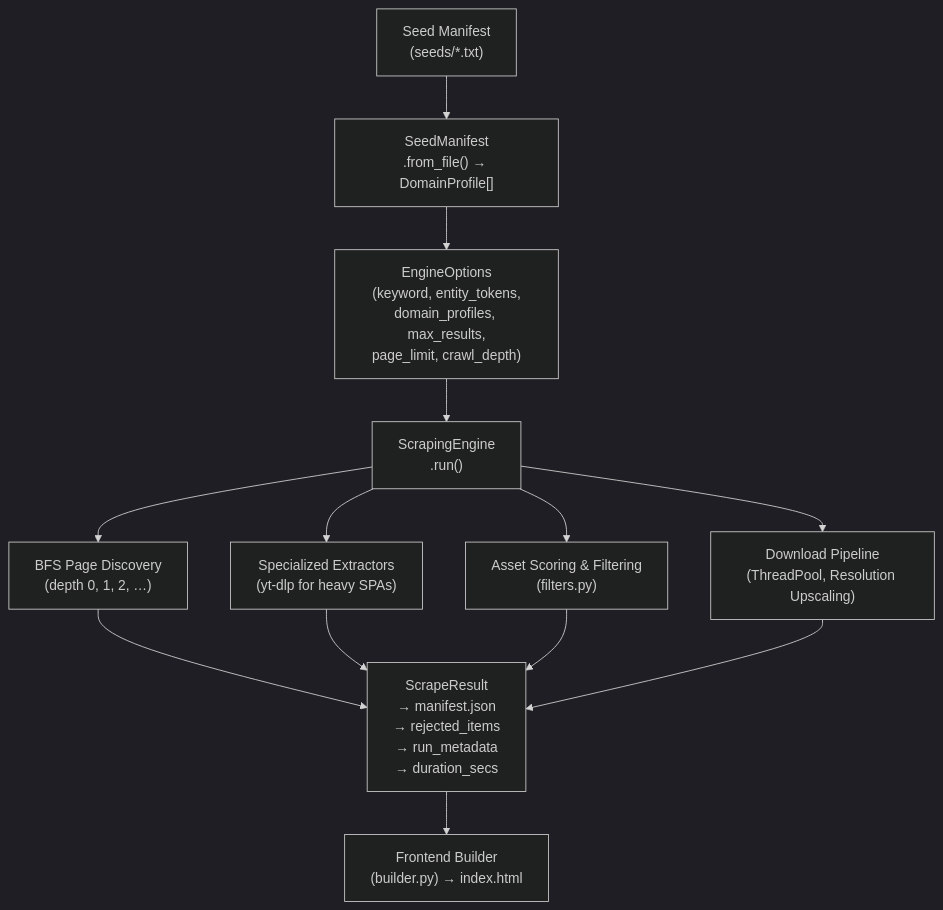
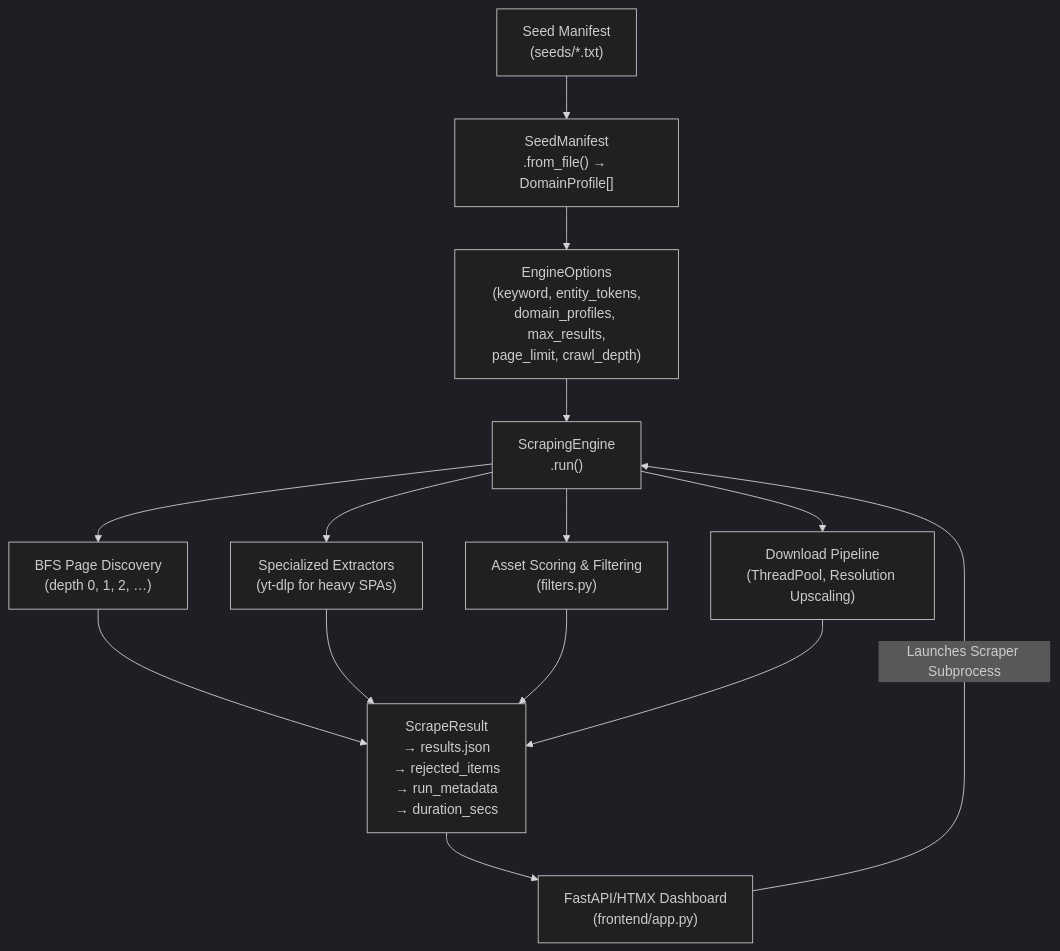
The first of 2 diagrams in docs/ARCHITECTURE.md (rhaffle87/scrAPE), drawn with Mermaid (dark theme) before and after one commit. The commit also changed other lines of this file and 17 other files, not shown here.

````diff
--- a/docs/ARCHITECTURE.md
+++ b/docs/ARCHITECTURE.md
@@ -5,21 +5,22 @@
 ```mermaid
 flowchart TD
     SM["Seed Manifest<br/>(seeds/*.txt)"]
     P["SeedManifest<br/>.from_file() → DomainProfile[]"]
     EO["EngineOptions<br/>(keyword, entity_tokens,<br/>domain_profiles, max_results,<br/>page_limit, crawl_depth)"]
     SE["ScrapingEngine<br/>.run()"]
     BF["BFS Page Discovery<br/>(depth 0, 1, 2, …)"]
     SPE["Specialized Extractors<br/>(yt-dlp for heavy SPAs)"]
     AS["Asset Scoring & Filtering<br/>(filters.py)"]
     DL["Download Pipeline<br/>(ThreadPool, Resolution Upscaling)"]
-    SR["ScrapeResult<br/>→ manifest.json<br/>→ rejected_items<br/>→ run_metadata<br/>→ duration_secs"]
-    FB["Frontend Builder<br/>(builder.py) → index.html"]
+    SR["ScrapeResult<br/>→ results.json<br/>→ rejected_items<br/>→ run_metadata<br/>→ duration_secs"]
+    FD["FastAPI/HTMX Dashboard<br/>(frontend/app.py)"]
 
     SM --> P --> EO --> SE
     SE --> BF & SPE & AS & DL
     BF --> SR
     SPE --> SR
     AS --> SR
     DL --> SR
-    SR --> FB
+    SR --> FD
+    FD -- Launches Scraper Subprocess --> SE
 ```
````
